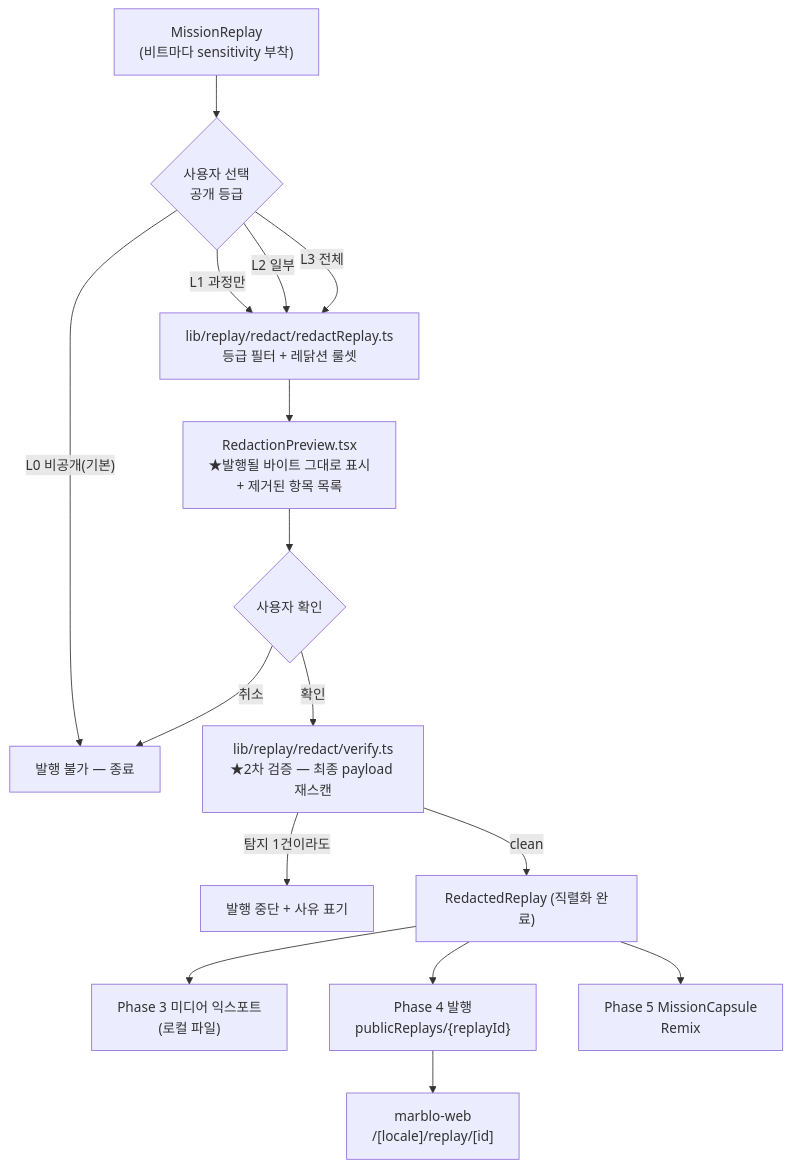
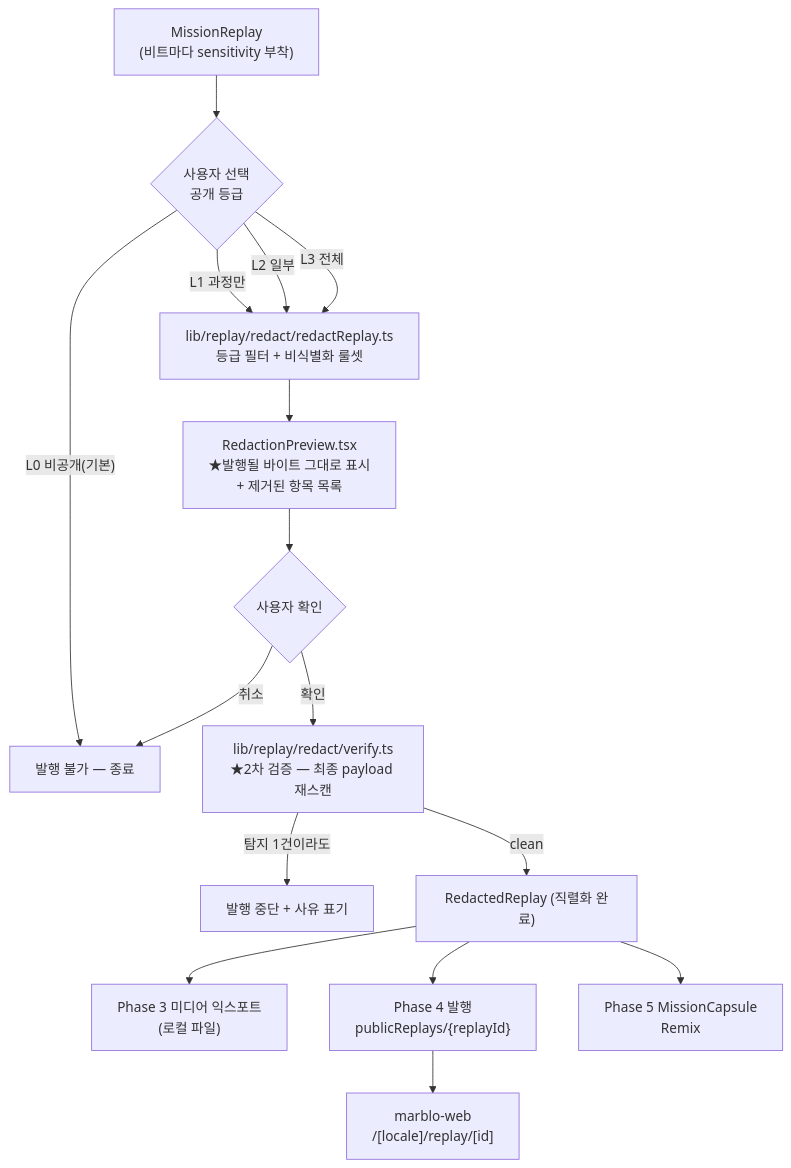
Before and after one commit to marblo-app/marblo: the second of 4 diagrams in docs/MISSION-REPLAY-DESIGN.md, drawn with Mermaid. The commit also changed other lines of this file, not shown here.

Commit message:
docs(replay): CEO 게이트 결정 반영 — 스코프 절단(Remix 보류)·Q1~Q6 확정·비식별화 공용 primitive·용어 통일(레닭션→비식별화)

````diff
--- a/docs/MISSION-REPLAY-DESIGN.md
+++ b/docs/MISSION-REPLAY-DESIGN.md
@@ -332,18 +332,18 @@
 ```mermaid
 flowchart TD
   R["MissionReplay<br/>(비트마다 sensitivity 부착)"] --> LV{"사용자 선택<br/>공개 등급"}
   LV -->|"L0 비공개(기본)"| STOP["발행 불가 — 종료"]
-  LV -->|"L1 과정만"| F["lib/replay/redact/redactReplay.ts<br/>등급 필터 + 레닭션 룰셋"]
+  LV -->|"L1 과정만"| F["lib/replay/redact/redactReplay.ts<br/>등급 필터 + 비식별화 룰셋"]
   LV -->|"L2 일부"| F
   LV -->|"L3 전체"| F
   F --> PV["RedactionPreview.tsx<br/>★발행될 바이트 그대로 표시<br/>+ 제거된 항목 목록"]
   PV --> OK{"사용자 확인"}
   OK -->|취소| STOP
   OK -->|확인| V2["lib/replay/redact/verify.ts<br/>★2차 검증 — 최종 payload 재스캔"]
   V2 -->|"탐지 1건이라도"| ABORT["발행 중단 + 사유 표기"]
   V2 -->|clean| OUT["RedactedReplay (직렬화 완료)"]
   OUT --> EXP["Phase 3 미디어 익스포트<br/>(로컬 파일)"]
   OUT --> PUB["Phase 4 발행<br/>publicReplays/{replayId}"]
   PUB --> WEB["marblo-web<br/>/[locale]/replay/[id]"]
   OUT --> CAP["Phase 5 MissionCapsule<br/>Remix"]
 ```
````
